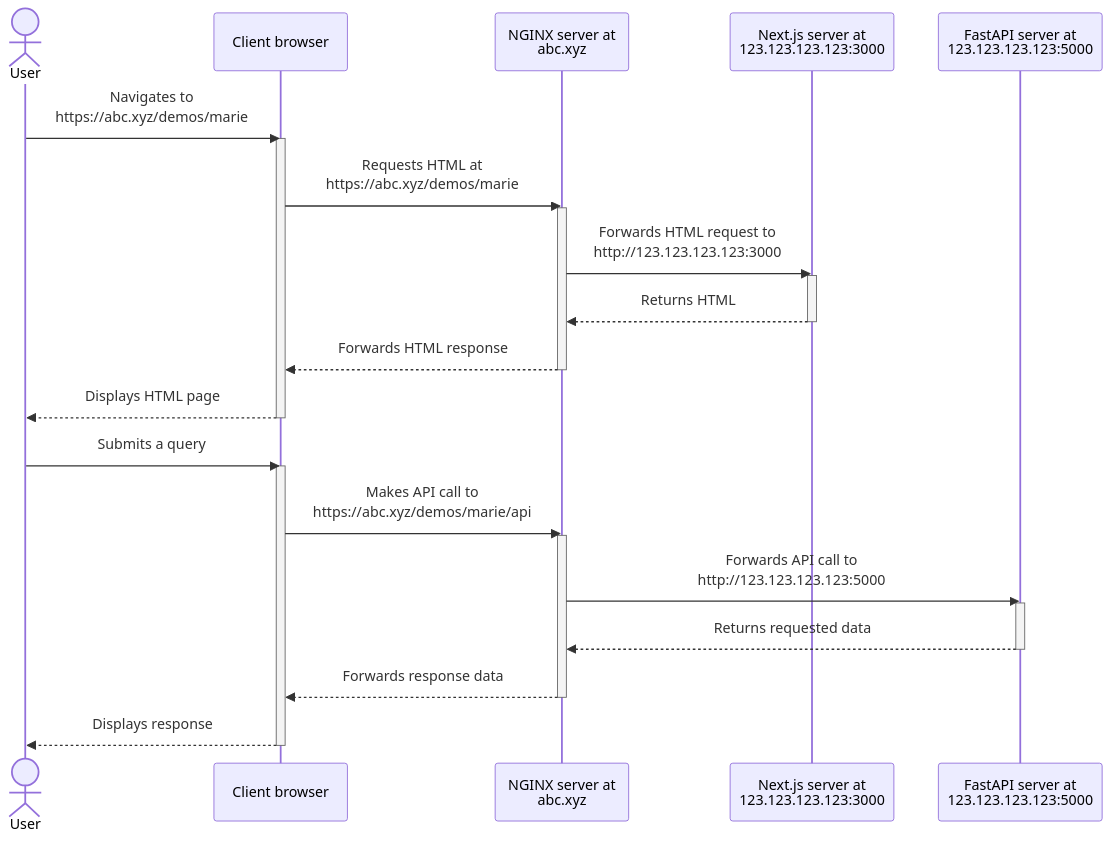
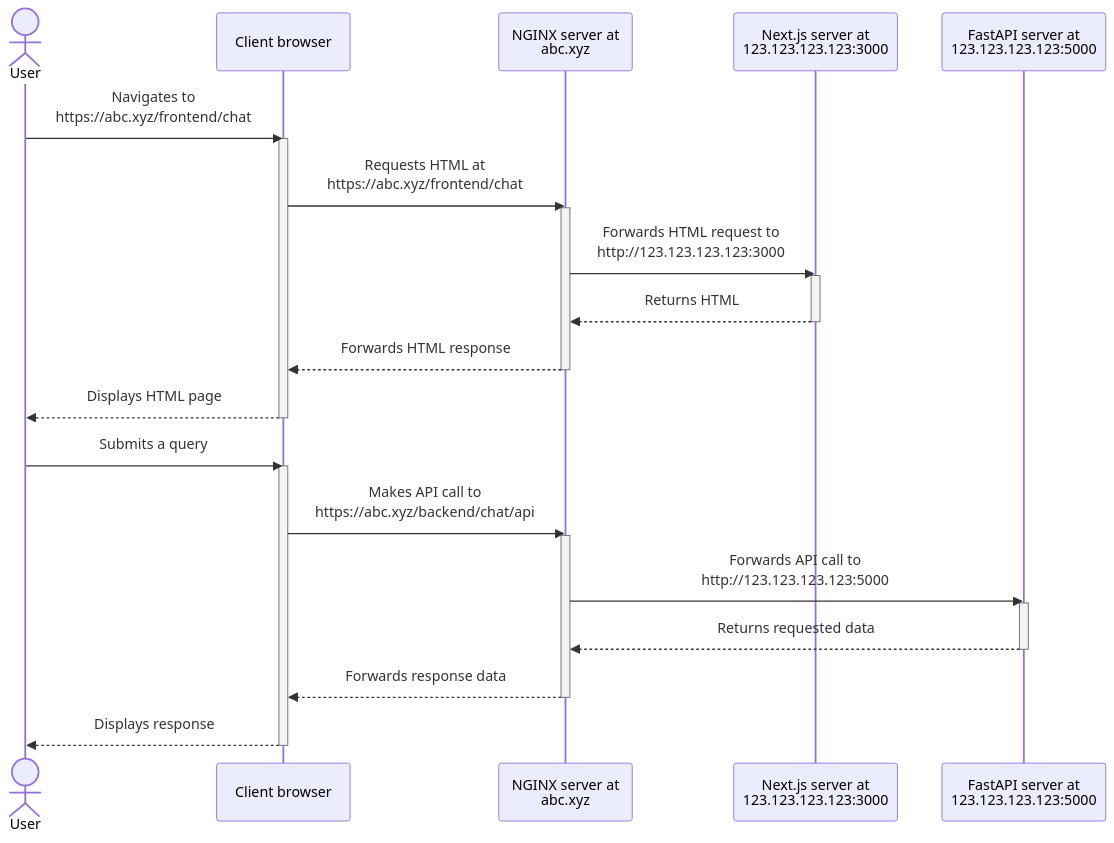
One commit to cambridge-cares/TheWorldAvatar changed the second of 2 diagrams in QuestionAnswering/QA_ICL/README.md. Above: the diagram before and after it, drawn with Mermaid. The commit also changed other lines of this file, not shown here.

Commit message:
dev-qa-doc: Anonymize deployment paths in README - Replace specific paths with generic ones:   - '/demos/marie' -> '/frontend/chat'   - '/demos/marie/api' -> '/backend/chat/api' - Update NGINX configuration examples - Modify environment variable examples

````diff
--- a/QuestionAnswering/QA_ICL/README.md
+++ b/QuestionAnswering/QA_ICL/README.md
@@ -190,34 +191,34 @@
 ```mermaid
 sequenceDiagram
   actor user as User
   participant browser as Client browser
   participant nginx as NGINX server at<br/>abc.xyz
   participant next as Next.js server at<br/>123.123.123.123:3000
   participant fastapi as FastAPI server at<br/>123.123.123.123:5000
 
-  user->>browser: Navigates to<br/>https://abc.xyz/demos/marie
+  user->>browser: Navigates to<br/>https://abc.xyz/frontend/chat
   activate browser
-  browser->>nginx: Requests HTML at<br/>https://abc.xyz/demos/marie
+  browser->>nginx: Requests HTML at<br/>https://abc.xyz/frontend/chat
   activate nginx
   nginx->>next: Forwards HTML request to<br/>http://123.123.123.123:3000
   activate next
   next-->>nginx: Returns HTML
   deactivate next
   nginx-->>browser: Forwards HTML response
   deactivate nginx
   browser-->>user: Displays HTML page
   deactivate browser
 
   user->>browser: Submits a query
   activate browser
-  browser->>nginx: Makes API call to<br/>https://abc.xyz/demos/marie/api
+  browser->>nginx: Makes API call to<br/>https://abc.xyz/backend/chat/api
   activate nginx
   nginx->>fastapi: Forwards API call to<br/>http://123.123.123.123:5000
   activate fastapi
   fastapi-->>nginx: Returns requested data
   deactivate fastapi
   nginx-->>browser: Forwards response data
   deactivate nginx
   browser-->>user: Displays response
   deactivate browser
 ```
````
